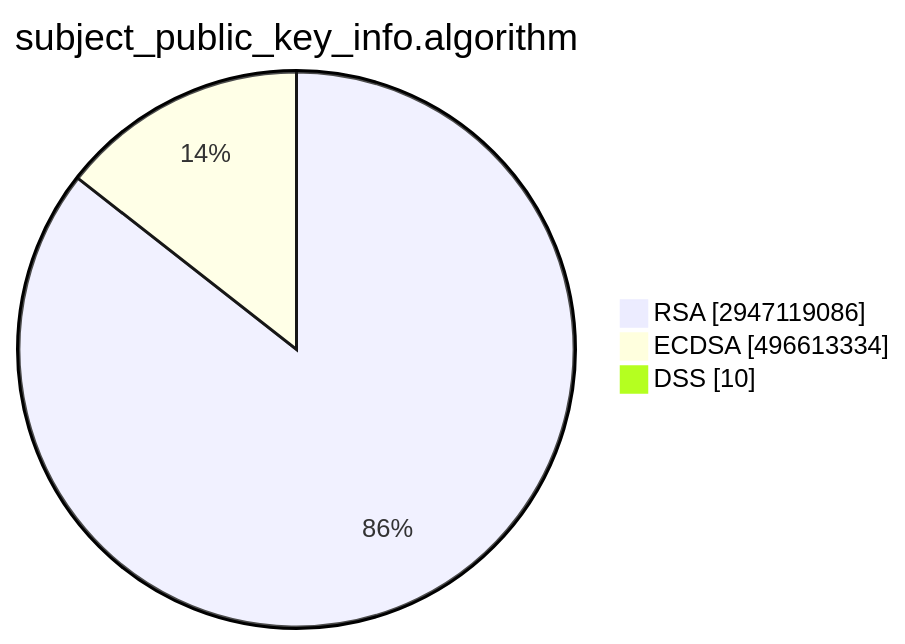
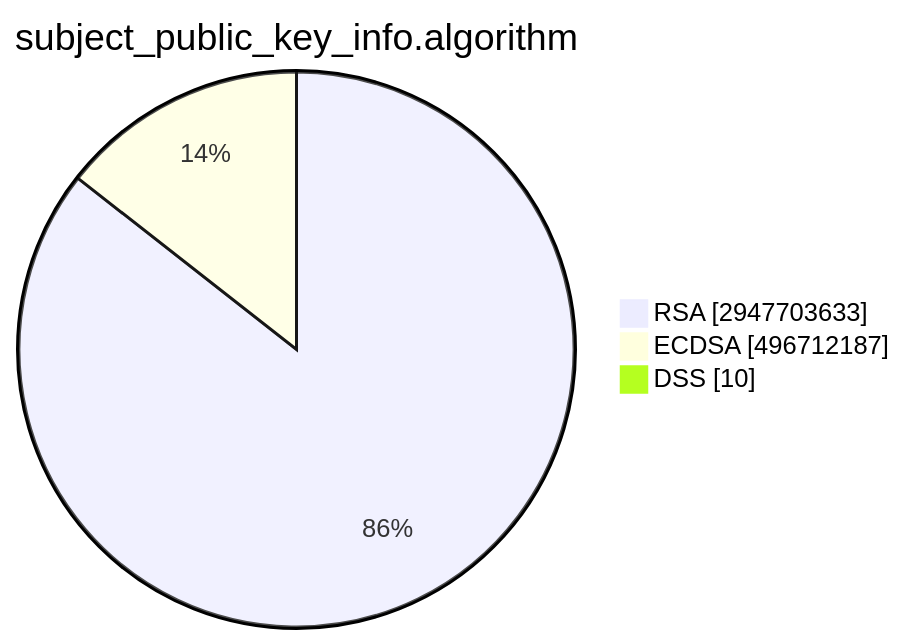
The second of 15 diagrams in TOTAL/README.md (christiankrug/ctmonitor_visualization), drawn with Mermaid before and after one commit. The commit also changed other lines of this file, not shown here.

````diff
--- a/TOTAL/README.md
+++ b/TOTAL/README.md
@@ -6,7 +6,7 @@
 ```mermaid
 pie showData
 title subject_public_key_info.algorithm
-"RSA" :2947119086
-"ECDSA" :496613334
+"RSA" :2947703633
+"ECDSA" :496712187
 "DSS" :10
 ```
````
